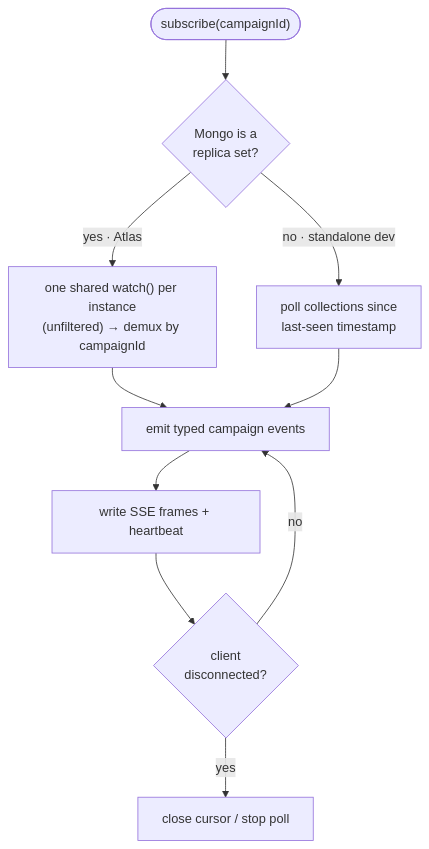
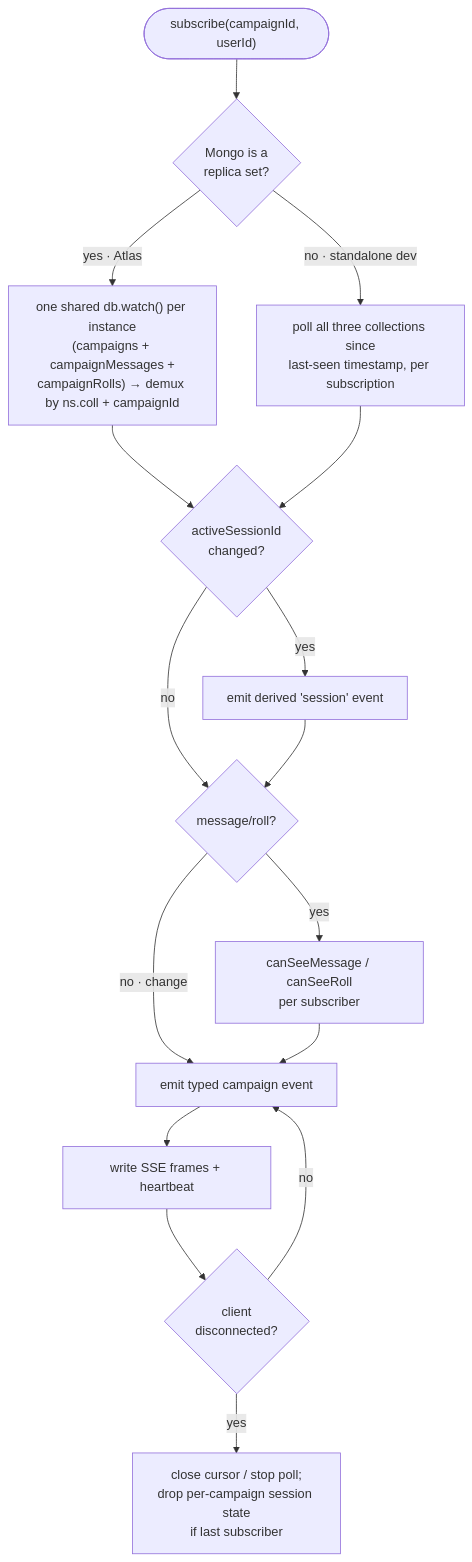
Before and after one commit to dougis-org/session-combat: the second of 2 diagrams in docs/multi-user-campaigns/04-realtime-transport.md, drawn with Mermaid. The commit also changed other lines of this file and 16 other files, not shown here.

First line of the commit message:
fix: deliver message/roll/session events cross-instance (#443) (#488)

````diff
--- a/docs/multi-user-campaigns/04-realtime-transport.md
+++ b/docs/multi-user-campaigns/04-realtime-transport.md
@@ -46,12 +70,18 @@
 ```mermaid
 flowchart TD
-    start(["subscribe(campaignId)"]) --> q{"Mongo is a<br/>replica set?"}
-    q -->|yes · Atlas| cs["one shared watch() per instance<br/>(unfiltered) → demux by campaignId"]
-    q -->|no · standalone dev| poll["poll collections since<br/>last-seen timestamp"]
-    cs --> emit["emit typed campaign events"]
-    poll --> emit
+    start(["subscribe(campaignId, userId)"]) --> q{"Mongo is a<br/>replica set?"}
+    q -->|yes · Atlas| cs["one shared db.watch() per instance<br/>(campaigns + campaignMessages +<br/>campaignRolls) → demux by ns.coll + campaignId"]
+    q -->|no · standalone dev| poll["poll all three collections since<br/>last-seen timestamp, per subscription"]
+    cs --> sess{"activeSessionId<br/>changed?"}
+    poll --> sess
+    sess -->|yes| sessEvt["emit derived 'session' event"]
+    sess -->|no| vis
+    sessEvt --> vis{"message/roll?"}
+    vis -->|yes| filt["canSeeMessage / canSeeRoll<br/>per subscriber"]
+    vis -->|no · change| emit
+    filt --> emit["emit typed campaign event"]
     emit --> sse["write SSE frames + heartbeat"]
     sse --> close{"client<br/>disconnected?"}
     close -->|no| emit
-    close -->|yes| teardown["close cursor / stop poll"]
+    close -->|yes| teardown["close cursor / stop poll;<br/>drop per-campaign session state<br/>if last subscriber"]
 ```
````
